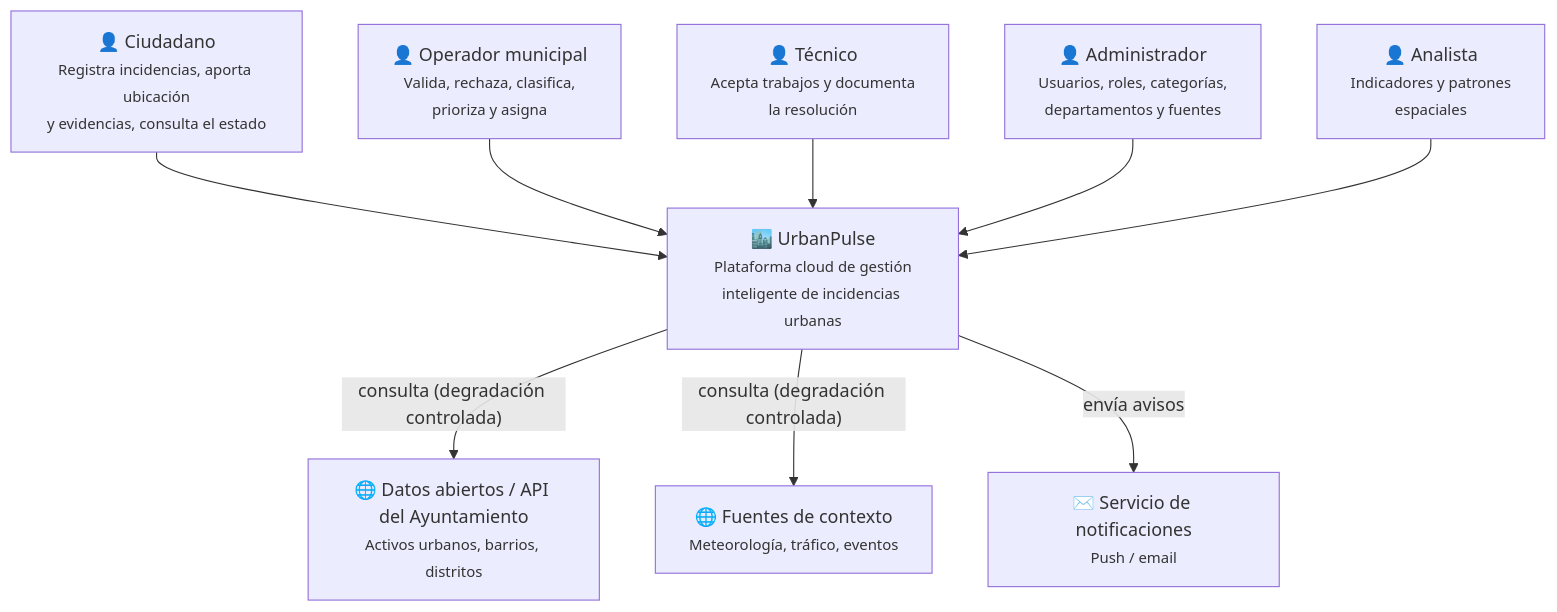
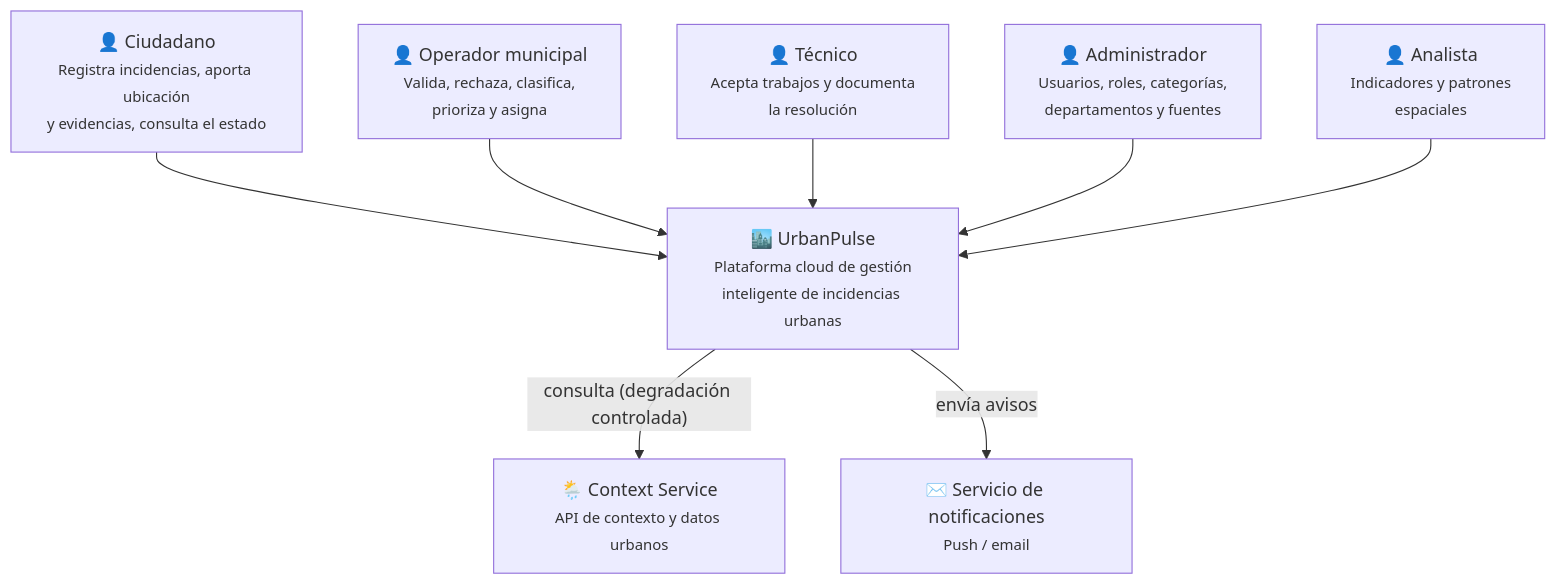
One commit to JANUEVE5/UrbanPulse changed the first of 6 diagrams in docs/architecture.md. Above: the diagram before and after it, drawn with Mermaid. The commit also changed other lines of this file and 54 other files, not shown here.

Commit message:
feat(context): extraer contexto urbano y meteorológico

````diff
--- a/docs/architecture.md
+++ b/docs/architecture.md
@@ -36,23 +38,21 @@
 ```mermaid
 flowchart TB
     ciudadano["👤 Ciudadano<br/><small>Registra incidencias, aporta ubicación<br/>y evidencias, consulta el estado</small>"]
     operador["👤 Operador municipal<br/><small>Valida, rechaza, clasifica,<br/>prioriza y asigna</small>"]
     tecnico["👤 Técnico<br/><small>Acepta trabajos y documenta<br/>la resolución</small>"]
     admin["👤 Administrador<br/><small>Usuarios, roles, categorías,<br/>departamentos y fuentes</small>"]
     analista["👤 Analista<br/><small>Indicadores y patrones<br/>espaciales</small>"]
 
     urbanpulse["🏙️ UrbanPulse<br/><small>Plataforma cloud de gestión<br/>inteligente de incidencias urbanas</small>"]
 
-    ayto["🌐 Datos abiertos / API del Ayuntamiento<br/><small>Activos urbanos, barrios, distritos</small>"]
-    ctx["🌐 Fuentes de contexto<br/><small>Meteorología, tráfico, eventos</small>"]
+    ctx["🌦️ Context Service<br/><small>API de contexto y datos urbanos</small>"]
     notif["✉️ Servicio de notificaciones<br/><small>Push / email</small>"]
 
     ciudadano --> urbanpulse
     operador --> urbanpulse
     tecnico --> urbanpulse
     admin --> urbanpulse
     analista --> urbanpulse
-    urbanpulse -- "consulta (degradación controlada)" --> ayto
     urbanpulse -- "consulta (degradación controlada)" --> ctx
     urbanpulse -- "envía avisos" --> notif
 ```
````
